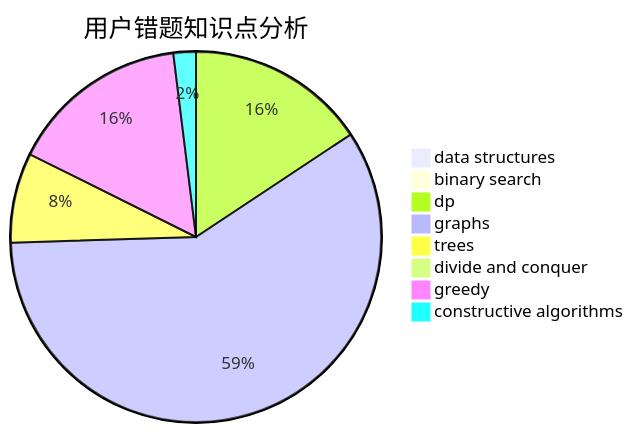
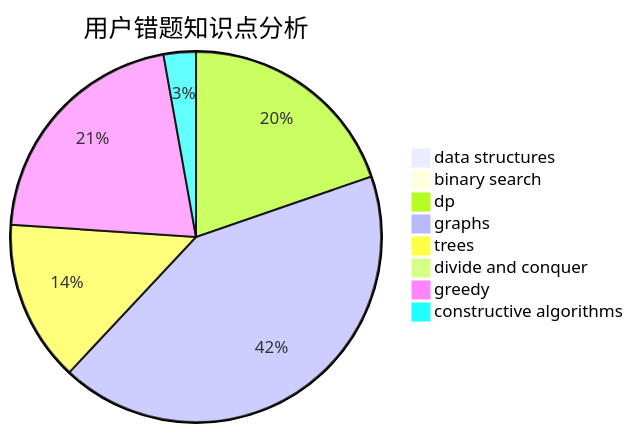
The third of 3 diagrams in docs/user/u2008.md (sherpahu/cfrs.github.io), drawn with Mermaid before and after one commit. The commit also changed other lines of this file and 2770 other files, not shown here.

````diff
--- a/docs/user/u2008.md
+++ b/docs/user/u2008.md
@@ -36,11 +36,11 @@
 ```mermaid
 pie title 用户错题知识点分析
     "data structures" :  0
     "binary search" :  0
-    "dp" :  8
+    "dp" :  14
     "graphs" :  30
-    "trees" :  4
+    "trees" :  10
     "divide and conquer" :  0
-    "greedy" :  8
-    "constructive algorithms" :  1
+    "greedy" :  15
+    "constructive algorithms" :  2
 ```
````
